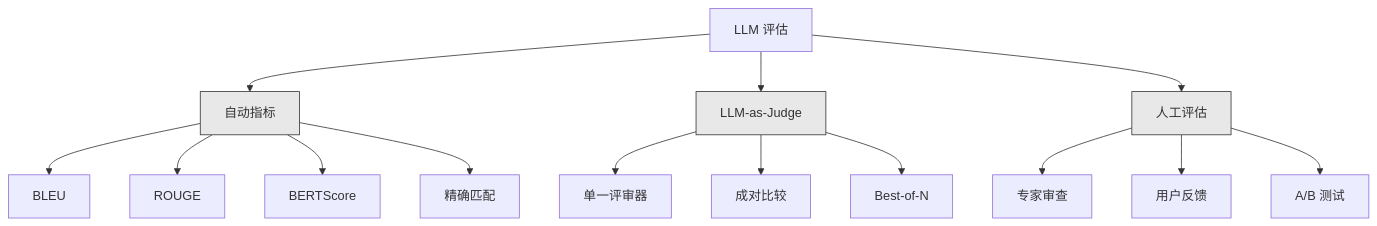
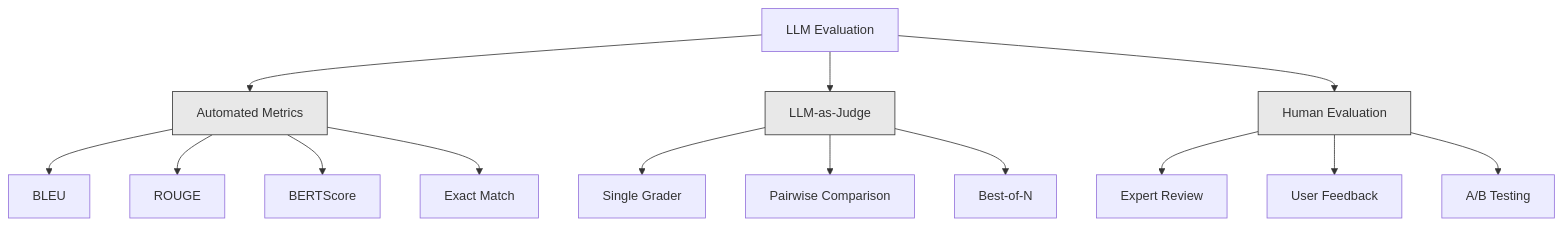
Before and after one commit to xiaojiaenen/ai-engineering-from-scratch-zh: the first of 2 diagrams in i18n/zh/phases/11-llm-engineering/10-evaluation/docs/zh.md, drawn with Mermaid. The commit also changed other lines of this file and 17 other files, not shown here.

````diff
--- a/i18n/zh/phases/11-llm-engineering/10-evaluation/docs/zh.md
+++ b/i18n/zh/phases/11-llm-engineering/10-evaluation/docs/zh.md
@@ -36,23 +36,23 @@
 ```mermaid
 graph TD
-    E[LLM 评估] --> A[自动指标]
+    E[LLM Evaluation] --> A[Automated Metrics]
     E --> L[LLM-as-Judge]
-    E --> H[人工评估]
+    E --> H[Human Evaluation]
 
     A --> A1[BLEU]
     A --> A2[ROUGE]
     A --> A3[BERTScore]
-    A --> A4[精确匹配]
+    A --> A4[Exact Match]
 
-    L --> L1[单一评审器]
-    L --> L2[成对比较]
+    L --> L1[Single Grader]
+    L --> L2[Pairwise Comparison]
     L --> L3[Best-of-N]
 
-    H --> H1[专家审查]
-    H --> H2[用户反馈]
-    H --> H3[A/B 测试]
+    H --> H1[Expert Review]
+    H --> H2[User Feedback]
+    H --> H3[A/B Testing]
 
     style A fill:#e8e8e8,stroke:#333
     style L fill:#e8e8e8,stroke:#333
     style H fill:#e8e8e8,stroke:#333
 ```
````
